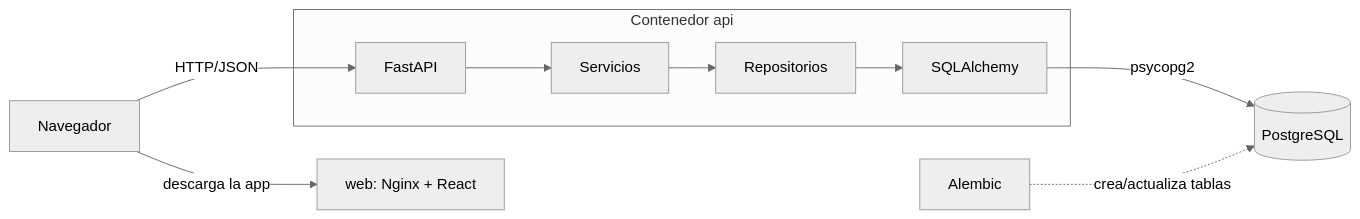
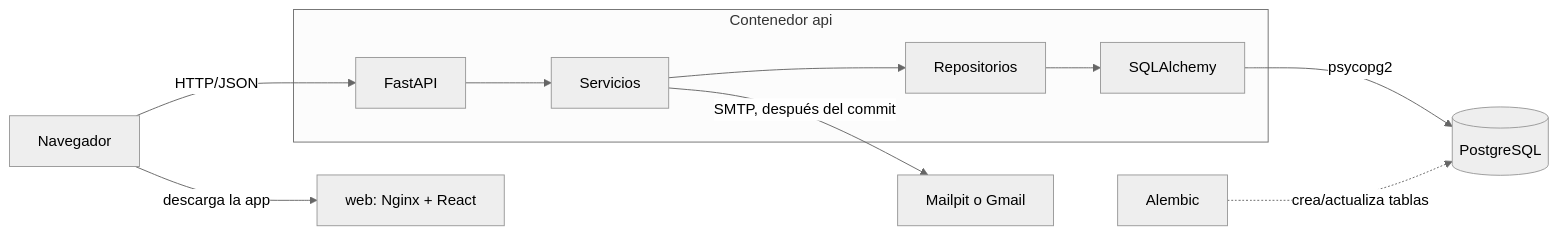
One commit to tobiasceruttigothe/TP-DAO changed the first of 5 diagrams in docs/arquitectura.md. Above: the diagram before and after it, drawn with Mermaid (neutral theme). The commit also changed other lines of this file and 7 other files, not shown here.

Commit message:
Documentacion: Observer, seguridad y roles, pedidos, notificaciones, inventario, Mailpit y Gmail

````diff
--- a/docs/arquitectura.md
+++ b/docs/arquitectura.md
@@ -9,12 +9,13 @@
 ```mermaid
 flowchart LR
     NAV[Navegador] -- descarga la app --> WEB[web: Nginx + React]
     NAV -- HTTP/JSON --> API
     subgraph Contenedor api
         API[FastAPI] --> SRV[Servicios]
         SRV --> REPO[Repositorios]
         REPO --> ORM[SQLAlchemy]
     end
     ORM -- psycopg2 --> DB[(PostgreSQL)]
     MIG[Alembic] -. crea/actualiza tablas .-> DB
+    SRV -- SMTP, después del commit --> MAIL[Mailpit o Gmail]
 ```
````
